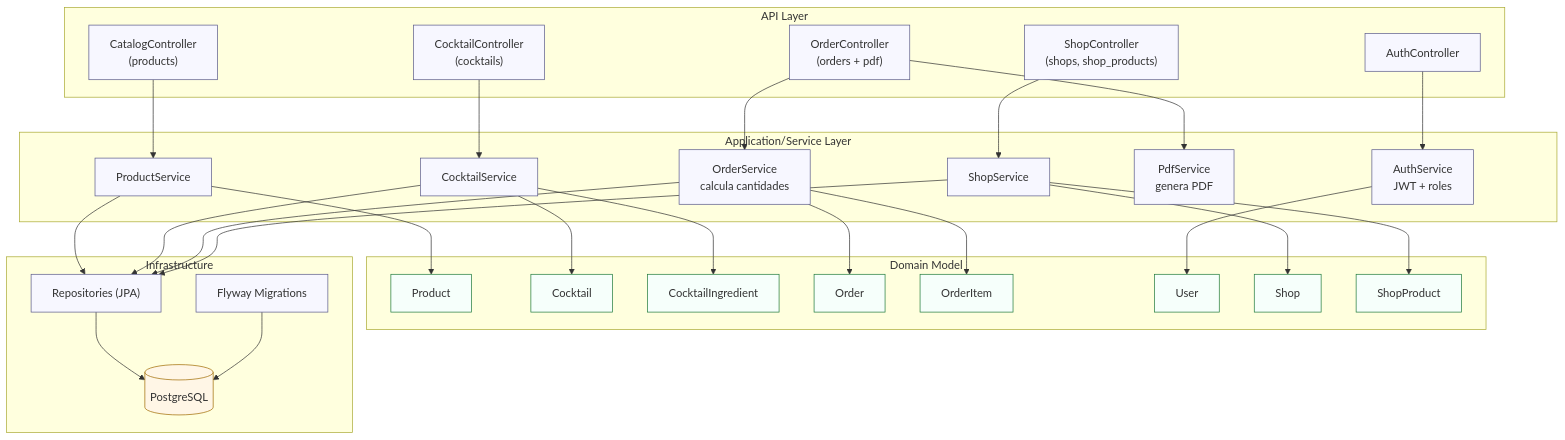
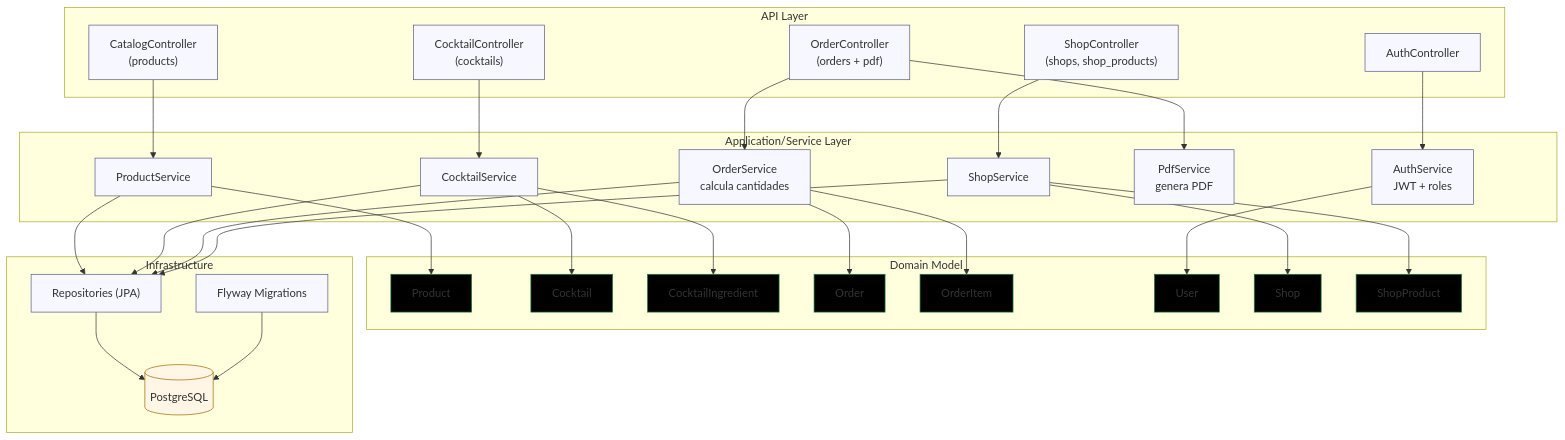
The third of 3 diagrams in Readme.md (Fran3103/CocktailOps), drawn with Mermaid before and after one commit. The commit also changed other lines of this file, not shown here.

````diff
--- a/Readme.md
+++ b/Readme.md
@@ -140,65 +140,65 @@
 ```mermaid
 flowchart TB
 subgraph API["API Layer"]
     C1["AuthController"]:::box
     C2["CatalogController<br/>(products)"]:::box
     C3["CocktailController<br/>(cocktails)"]:::box
     C4["OrderController<br/>(orders + pdf)"]:::box
     C5["ShopController<br/>(shops, shop_products)"]:::box
 end
 
 subgraph APP["Application/Service Layer"]
     S1["AuthService<br/>JWT + roles"]:::box
     S2["ProductService"]:::box
     S3["CocktailService"]:::box
     S4["OrderService<br/>calcula cantidades"]:::box
     S5["PdfService<br/>genera PDF"]:::box
     S6["ShopService"]:::box
 end
 
 subgraph DOMAIN["Domain Model"]
     D1["Product"]:::entity
     D2["Cocktail"]:::entity
     D3["CocktailIngredient"]:::entity
     D4["Order"]:::entity
     D5["OrderItem"]:::entity
     D6["User"]:::entity
     D7["Shop"]:::entity
     D8["ShopProduct"]:::entity
 end
 
 subgraph INFRA["Infrastructure"]
     R1["Repositories (JPA)"]:::box
     FLY["Flyway Migrations"]:::box
     DB[("PostgreSQL")]:::db
 end
 
 %% Wiring
 C1 --> S1
 C2 --> S2
 C3 --> S3
 C4 --> S4
 C4 --> S5
 C5 --> S6
 
 S2 --> R1
 S3 --> R1
 S4 --> R1
 S6 --> R1
 
 R1 --> DB
 FLY --> DB
 
 S2 --> D1
 S3 --> D2
 S3 --> D3
 S4 --> D4
 S4 --> D5
 S1 --> D6
 S6 --> D7
 S6 --> D8
 
 classDef box fill:#f7f7ff,stroke:#5a5a8a,stroke-width:1px;
 classDef db fill:#fff6e6,stroke:#a06a00,stroke-width:1px;
-classDef entity fill:#f6fffb,stroke:#1f7a3a,stroke-width:1px;
+classDef entity fill:#000000,stroke:#1f7a3a,stroke-width:1px;
 ```  
````
